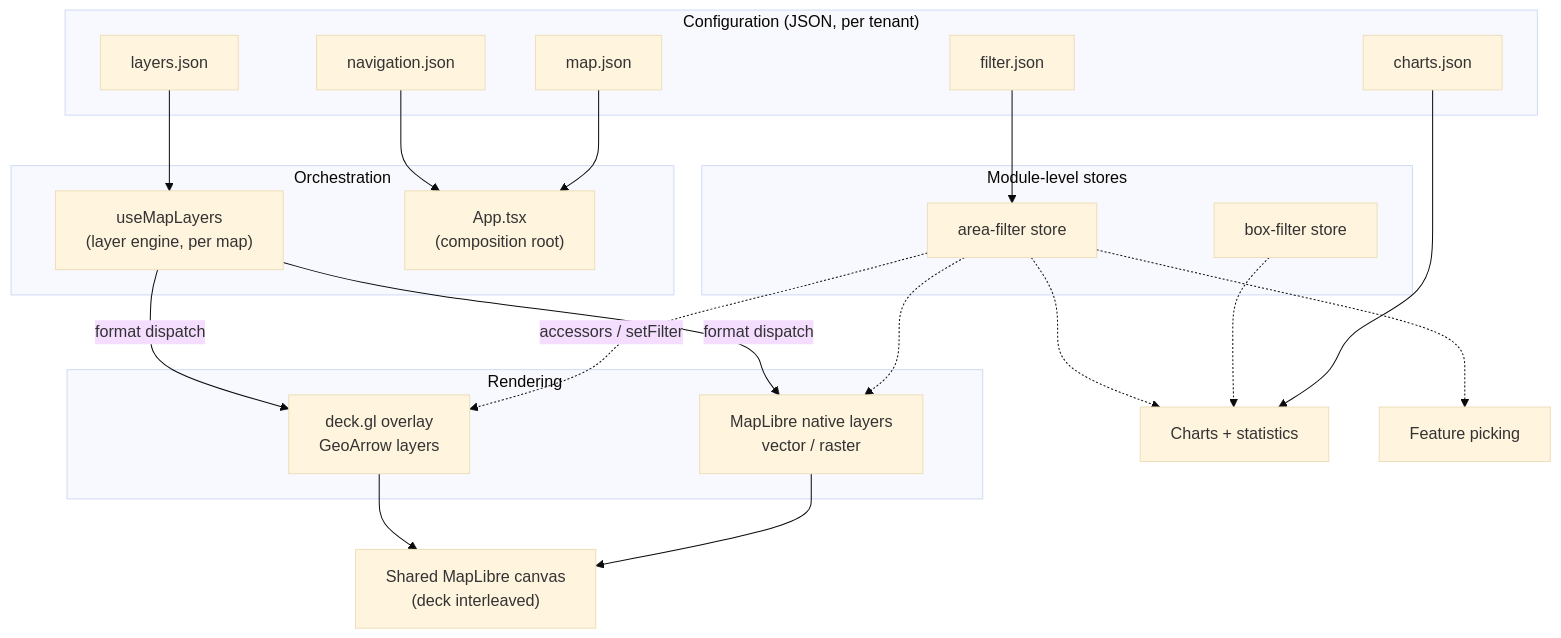
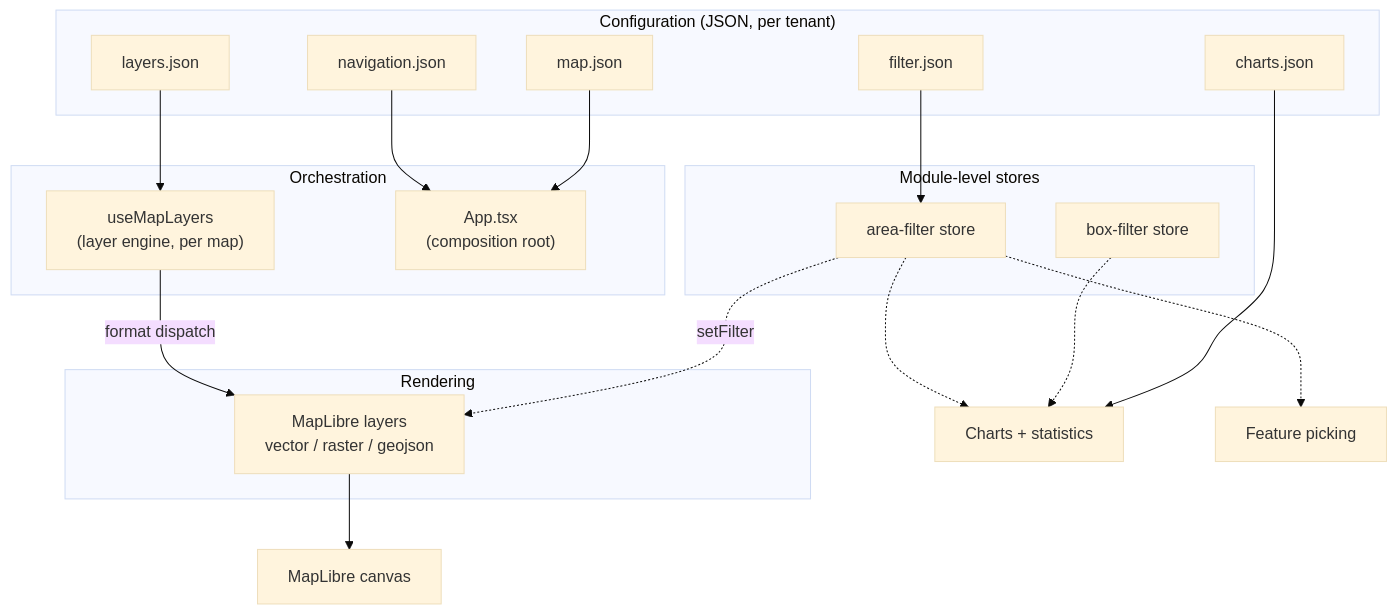
Before and after one commit to ObjectVision/DeRondeKaart: the second of 4 diagrams in docs/system-design.md, drawn with Mermaid (base theme). The commit also changed other lines of this file and 26 other files, not shown here.

````diff
--- a/docs/system-design.md
+++ b/docs/system-design.md
@@ -132,44 +133,40 @@
 ```mermaid
 flowchart TD
     subgraph config["Configuration (JSON, per tenant)"]
         lj["layers.json"]
         nj["navigation.json"]
         cj["charts.json"]
         fj["filter.json"]
         mj["map.json"]
     end
 
     subgraph state["Orchestration"]
         uml["useMapLayers<br/>(layer engine, per map)"]
         app["App.tsx<br/>(composition root)"]
     end
 
     subgraph stores["Module-level stores"]
         af["area-filter store"]
         bf["box-filter store"]
     end
 
     subgraph render["Rendering"]
-        deck["deck.gl overlay<br/>GeoArrow layers"]
-        ml["MapLibre native layers<br/>vector / raster"]
+        ml["MapLibre layers<br/>vector / raster / geojson"]
     end
 
-    canvas["Shared MapLibre canvas<br/>(deck interleaved)"]
+    canvas["MapLibre canvas"]
     charts["Charts + statistics"]
     pick["Feature picking"]
 
     lj --> uml
     nj --> app
     mj --> app
-    uml -->|"format dispatch"| deck
     uml -->|"format dispatch"| ml
-    deck --> canvas
     ml --> canvas
-    af -.->|"accessors / setFilter"| deck
-    af -.-> ml
+    af -.->|"setFilter"| ml
     af -.-> pick
     af -.-> charts
     bf -.-> charts
     cj --> charts
     fj --> af
 ```
````
